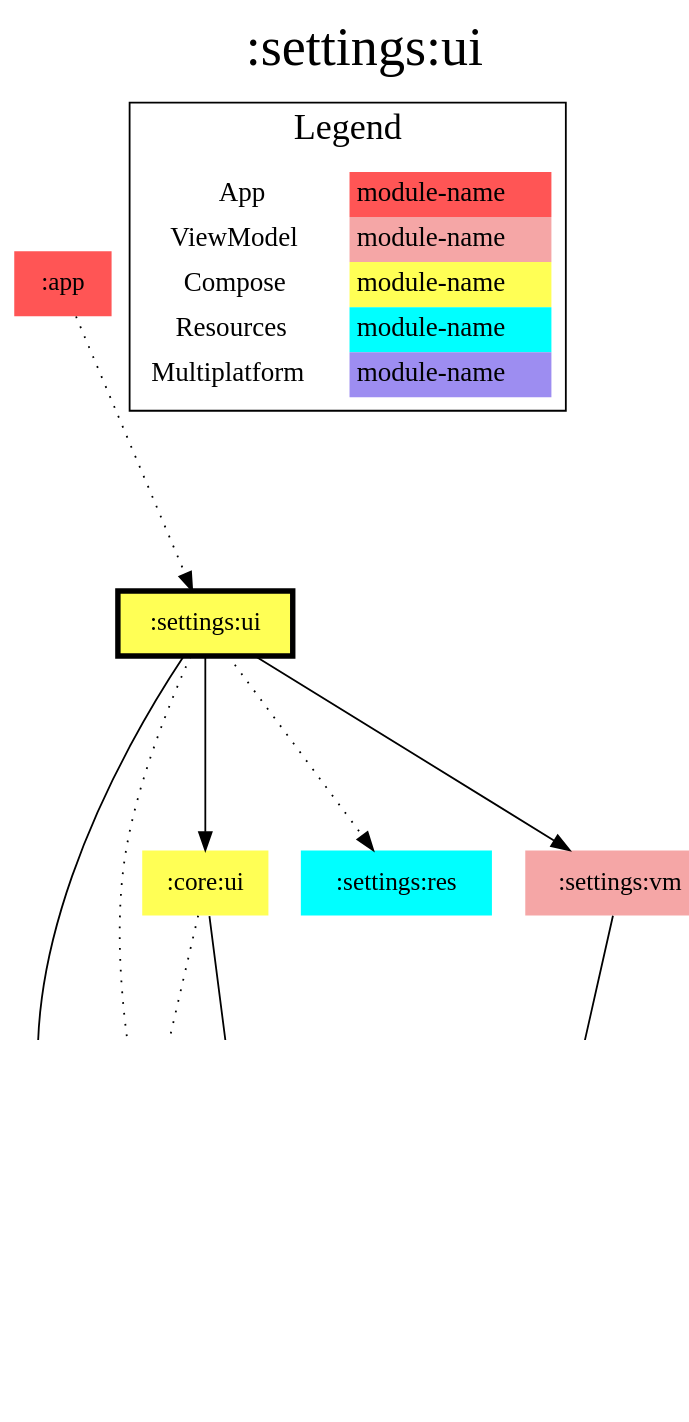
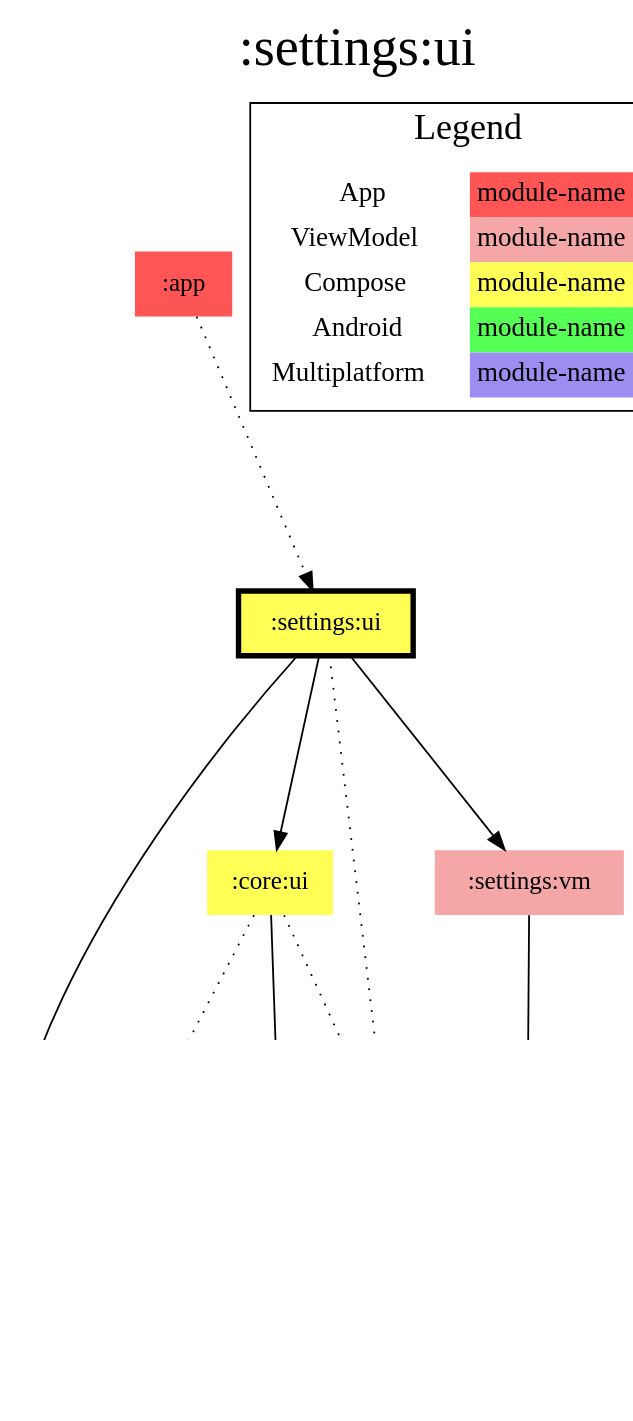
The diagram in modules/settings/ui/modules.dot (jonapoul/aktual), drawn with Graphviz before and after one commit. The commit also changed 196 other files, not shown here.

```diff
--- a/modules/settings/ui/modules.dot
+++ b/modules/settings/ui/modules.dot
@@ -1,43 +1,43 @@
 digraph {
 edge ["dir"="forward"]
 graph ["dpi"="100","label"=":settings:ui","labelloc"="t","fontsize"="30","ranksep"="1.5","rankdir"="TB"]
 node ["style"="filled"]
 ":account:model" ["fillcolor"="#9D8DF1","shape"="none"]
 ":app" ["fillcolor"="#FF5555","shape"="none"]
+":core:android" ["fillcolor"="#55FF55","shape"="none"]
 ":core:model" ["fillcolor"="#9D8DF1","shape"="none"]
-":core:res" ["fillcolor"="#00FFFF","shape"="none"]
 ":core:ui" ["fillcolor"="#FFFF55","shape"="none"]
+":l10n" ["fillcolor"="#9D8DF1","shape"="none"]
 ":prefs" ["fillcolor"="#9D8DF1","shape"="none"]
-":settings:res" ["fillcolor"="#00FFFF","shape"="none"]
 ":settings:ui" ["fillcolor"="#FFFF55","color"="black","penwidth"="3","shape"="box"]
 ":settings:vm" ["fillcolor"="#F5A6A6","shape"="none"]
 {
 edge ["dir"="none"]
 graph ["rank"="same"]
 ":settings:ui"
 }
 ":app" -> ":settings:ui" ["style"="dotted"]
+":core:ui" -> ":core:android" ["style"="dotted"]
 ":core:ui" -> ":core:model"
-":core:ui" -> ":core:res" ["style"="dotted"]
+":core:ui" -> ":l10n" ["style"="dotted"]
 ":prefs" -> ":account:model"
 ":prefs" -> ":core:model"
 ":settings:ui" -> ":core:model"
-":settings:ui" -> ":core:res" ["style"="dotted"]
 ":settings:ui" -> ":core:ui"
-":settings:ui" -> ":settings:res" ["style"="dotted"]
+":settings:ui" -> ":l10n" ["style"="dotted"]
 ":settings:ui" -> ":settings:vm"
 ":settings:vm" -> ":prefs"
 subgraph "cluster_legend" {
 edge ["dir"="none"]
 graph ["label"="Legend","fontsize"="20"]
 "Legend" ["style"="filled","fillcolor"="#FFFFFF","shape"="none","margin"="0","fontsize"="15","label"=<
 <TABLE BORDER="0" CELLBORDER="0" CELLSPACING="0" CELLPADDING="4">
 <TR><TD>App</TD><TD BGCOLOR="#FF5555">module-name</TD></TR>
 <TR><TD>ViewModel</TD><TD BGCOLOR="#F5A6A6">module-name</TD></TR>
 <TR><TD>Compose</TD><TD BGCOLOR="#FFFF55">module-name</TD></TR>
-<TR><TD>Resources</TD><TD BGCOLOR="#00FFFF">module-name</TD></TR>
+<TR><TD>Android</TD><TD BGCOLOR="#55FF55">module-name</TD></TR>
 <TR><TD>Multiplatform</TD><TD BGCOLOR="#9D8DF1">module-name</TD></TR>
 </TABLE>
 >]
 } -> ":settings:ui" ["style"="invis"]
 }
```
